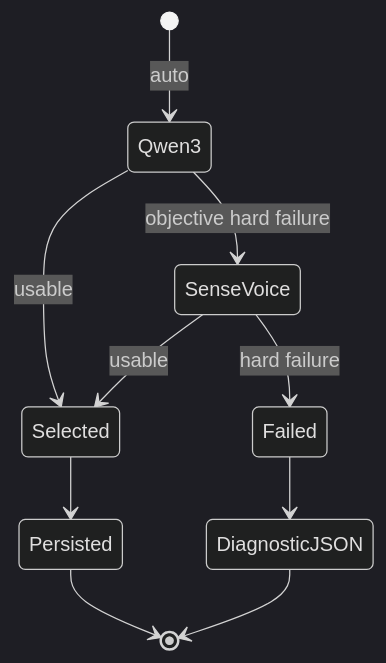
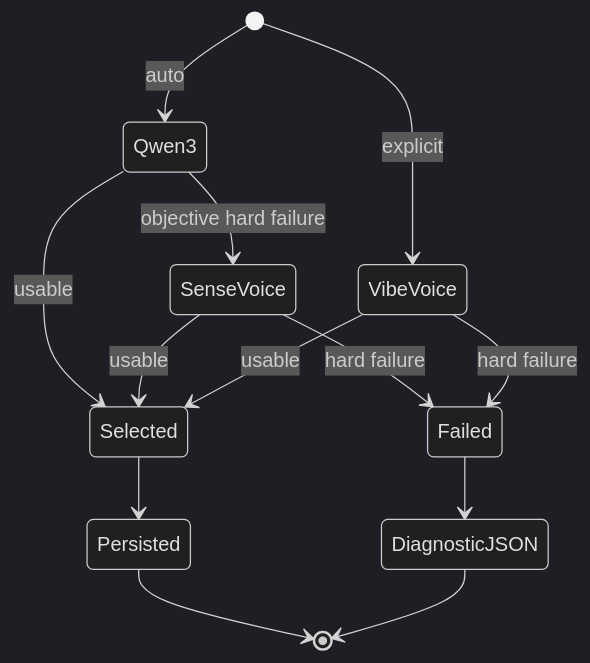
Before and after one commit to chau-hm/meeting-recording-processor: the third of 3 diagrams in ARCHITECTURE.md, drawn with Mermaid (dark theme). The commit also changed other lines of this file and 21 other files, not shown here.

````diff
--- a/ARCHITECTURE.md
+++ b/ARCHITECTURE.md
@@ -39,12 +44,15 @@
 ```mermaid
 stateDiagram-v2
     [*] --> Qwen3: auto
+    [*] --> VibeVoice: explicit
     Qwen3 --> Selected: usable
     Qwen3 --> SenseVoice: objective hard failure
     SenseVoice --> Selected: usable
     SenseVoice --> Failed: hard failure
+    VibeVoice --> Selected: usable
+    VibeVoice --> Failed: hard failure
     Selected --> Persisted
     Failed --> DiagnosticJSON
     Persisted --> [*]
     DiagnosticJSON --> [*]
 ```
````
